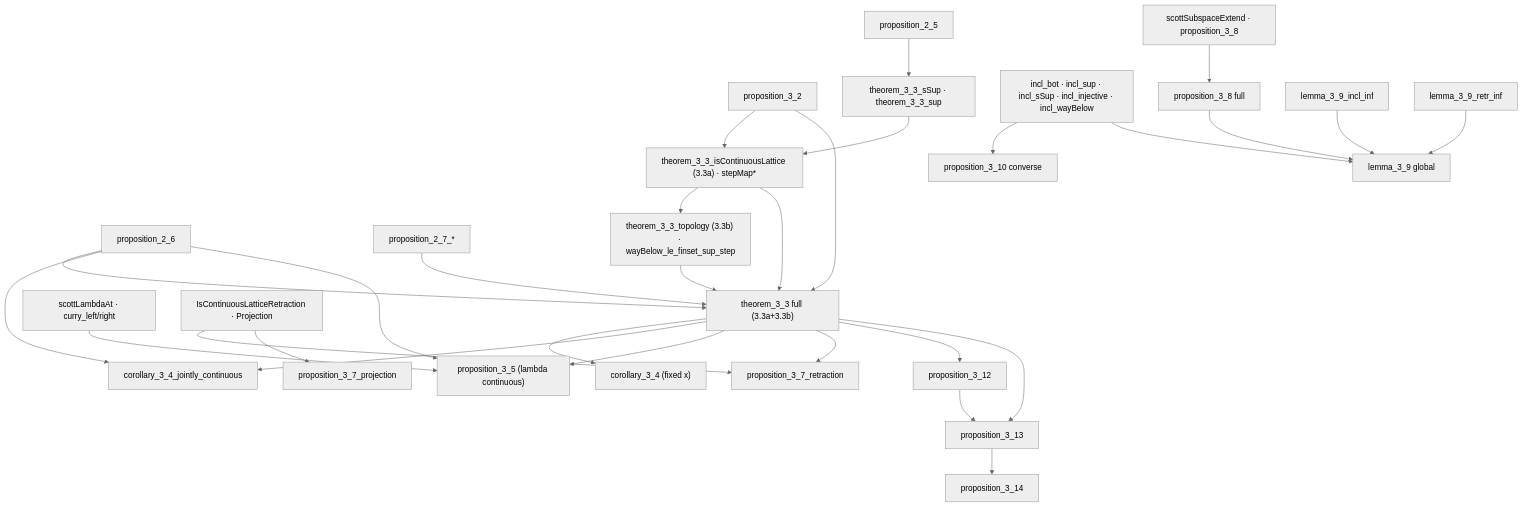
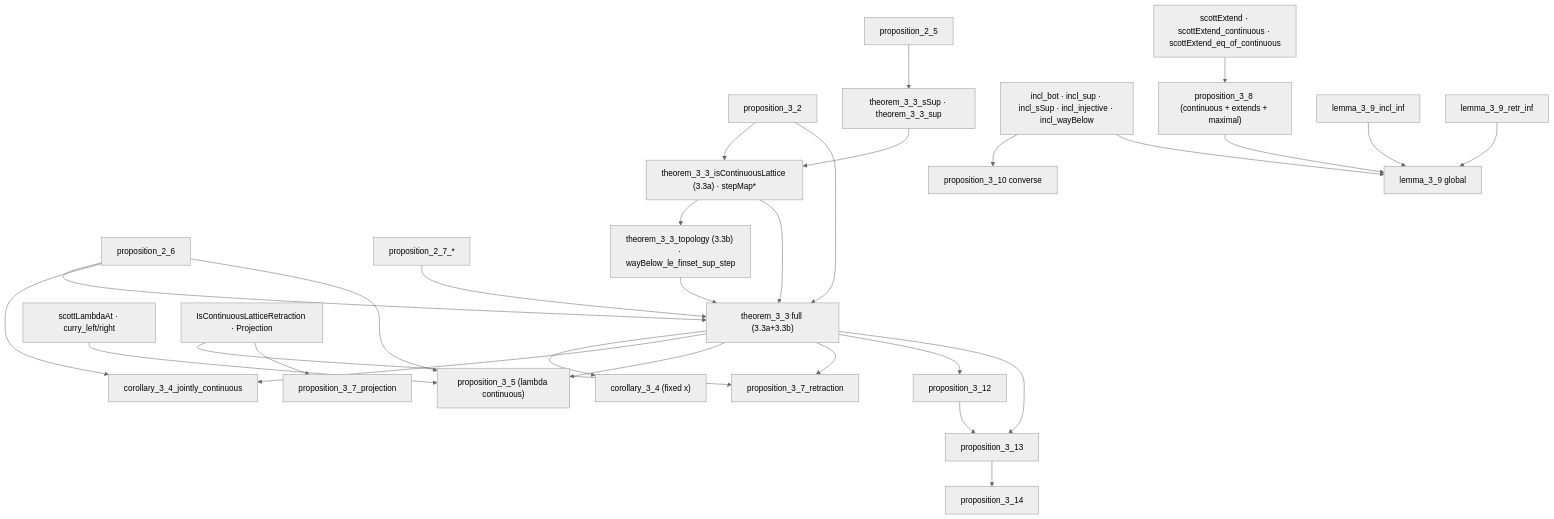
The fifth of 8 diagrams in arxiv.md (catskillsresearch/domain_theory), drawn with Mermaid (neutral theme) before and after one commit. The commit also changed other lines of this file and 2 other files, not shown here.

First line of the commit message:
feat(Constructions): prove Proposition 3.8 — maximal extension along a subspace embedding

````diff
--- a/arxiv.md
+++ b/arxiv.md
@@ -324,57 +324,57 @@
 ```mermaid
 flowchart TD
   P25["proposition_2_5"]
   P26["proposition_2_6"]
   P27["proposition_2_7_*"]
   P32["proposition_3_2"]
   T33c["theorem_3_3_sSup · theorem_3_3_sup"]
   T33a["theorem_3_3_isContinuousLattice (3.3a) · stepMap*"]
   T33b["theorem_3_3_topology (3.3b) · wayBelow_le_finset_sup_step"]
   T33["theorem_3_3 full (3.3a+3.3b)"]
   C34x["corollary_3_4 (fixed x)"]
   C34j["corollary_3_4_jointly_continuous"]
   P35r["scottLambdaAt · curry_left/right"]
   P35["proposition_3_5 (lambda continuous)"]
   P37r["proposition_3_7_retraction"]
   P37p["proposition_3_7_projection"]
   D36["IsContinuousLatticeRetraction · Projection"]
   P310f["incl_bot · incl_sup · incl_sSup · incl_injective · incl_wayBelow"]
   P310c["proposition_3_10 converse"]
-  P38p["scottSubspaceExtend · proposition_3_8"]
-  P38["proposition_3_8 full"]
+  P38p["scottExtend · scottExtend_continuous · scottExtend_eq_of_continuous"]
+  P38["proposition_3_8 (continuous + extends + maximal)"]
   L39i["lemma_3_9_incl_inf"]
   L39r["lemma_3_9_retr_inf"]
   L39["lemma_3_9 global"]
   P312["proposition_3_12"]
   P313["proposition_3_13"]
   P314["proposition_3_14"]
 
   P25 --> T33c
   T33c --> T33a
   P32 --> T33a
   T33a --> T33b
   T33a --> T33
   T33b --> T33
   P26 --> T33
   P27 --> T33
   T33 --> C34x
   P26 --> C34j
   T33 --> C34j
   T33 --> P35
   P26 --> P35
   P35r --> P35
   D36 --> P37r
   D36 --> P37p
   T33 --> P37r
   T33 --> P312
   P310f --> P310c
   P310f --> L39
   P38p --> P38
   P38 --> L39
   L39i --> L39
   L39r --> L39
   T33 --> P313
   P313 --> P314
   P312 --> P313
   P32 --> T33
 ```
````
